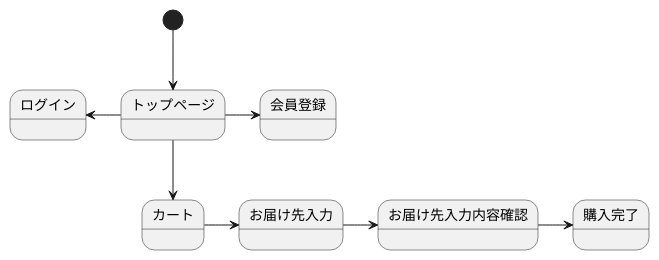
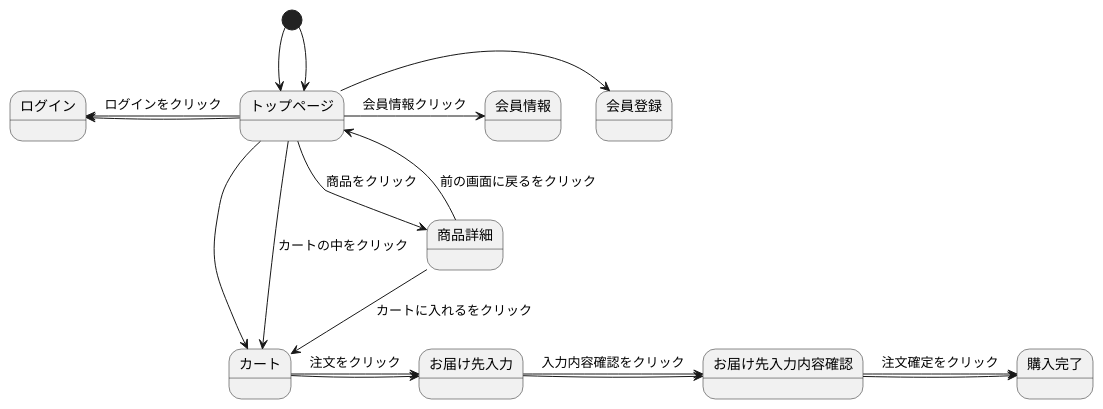
Before and after one commit to Aso2001224/2021sys-design: the diagram in stm01.md, drawn with PlantUML.

````diff
--- a/stm01.md
+++ b/stm01.md
@@ -1,13 +1,22 @@
 ```uml
 @startuml
 [*] --> トップページ
 トップページ -> 会員登録
 トップページ -left-> ログイン
 トップページ --> カート
 カート -> お届け先入力
 お届け先入力 -> お届け先入力内容確認
 お届け先入力内容確認 -> 購入完了
-
+[*] --> トップページ
+トップページ -> 会員情報 : 会員情報クリック
+トップページ -left-> ログイン : ログインをクリック
+トップページ --> 商品詳細 : 商品をクリック
+トップページ --> カート : カートの中をクリック
+商品詳細 --> カート : カートに入れるをクリック
+商品詳細 --> トップページ : 前の画面に戻るをクリック
+カート -> お届け先入力 : 注文をクリック
+お届け先入力 -> お届け先入力内容確認 : 入力内容確認をクリック
+お届け先入力内容確認 -> 購入完了 : 注文確定をクリック
 
 @enduml
 ```
````
